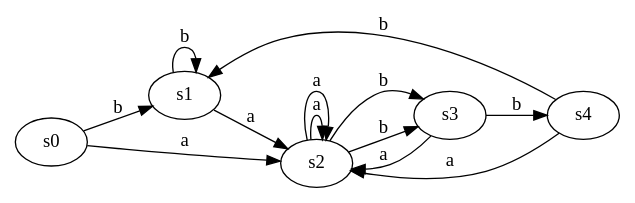
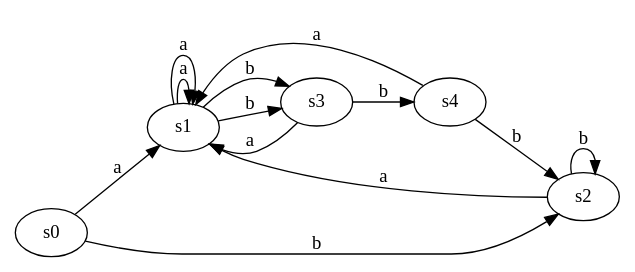
Before and after one commit to platosha-git/Compilers: the diagram in lab1/2.gv, drawn with Graphviz. The commit also changed 8 other files, not shown here.

```diff
--- a/lab1/2.gv
+++ b/lab1/2.gv
@@ -1,15 +1,15 @@
 digraph G {
 rankdir = LR;
-"s0" -> "s1"[label="b"];
-"s0" -> "s2"[label="a"];
-"s1" -> "s1"[label="b"];
-"s1" -> "s2"[label="a"];
-"s2" -> "s3"[label="b"];
-"s2" -> "s2"[label="a"];
+"s0" -> "s1"[label="a"];
+"s0" -> "s2"[label="b"];
+"s2" -> "s1"[label="a"];
+"s2" -> "s2"[label="b"];
+"s1" -> "s1"[label="a"];
+"s1" -> "s3"[label="b"];
+"s3" -> "s1"[label="a"];
 "s3" -> "s4"[label="b"];
-"s3" -> "s2"[label="a"];
-"s2" -> "s3"[label="b"];
-"s2" -> "s2"[label="a"];
-"s4" -> "s1"[label="b"];
-"s4" -> "s2"[label="a"];
+"s1" -> "s1"[label="a"];
+"s1" -> "s3"[label="b"];
+"s4" -> "s1"[label="a"];
+"s4" -> "s2"[label="b"];
 }
```
